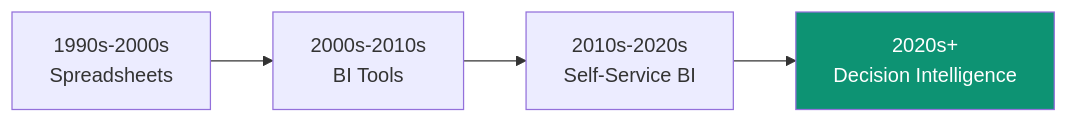
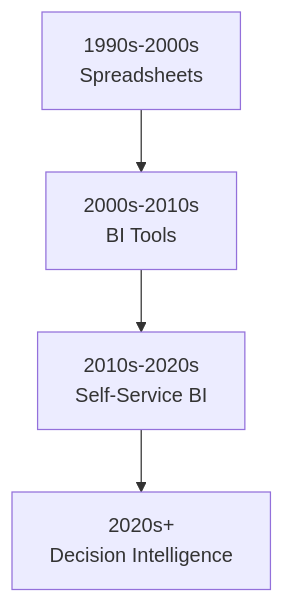
One commit to ashishsuperatom/tech-docs changed the fourth of 5 diagrams in introduction/comparison.mdx. Above: the diagram before and after it, drawn with Mermaid. The commit also changed other lines of this file and 37 other files, not shown here.

First line of the commit message:
Clean up docs: remove em-dashes, fix mermaid diagrams, remove emojis

````diff
--- a/introduction/comparison.mdx
+++ b/introduction/comparison.mdx
@@ -157,6 +149,5 @@
 ```mermaid
-flowchart LR
+flowchart TD
     E1["1990s-2000s<br>Spreadsheets"] --> E2["2000s-2010s<br>BI Tools"] --> E3["2010s-2020s<br>Self-Service BI"] --> E4["2020s+<br>Decision Intelligence"]
 
-    style E4 fill:#0D9373,color:#fff
 ```
````
